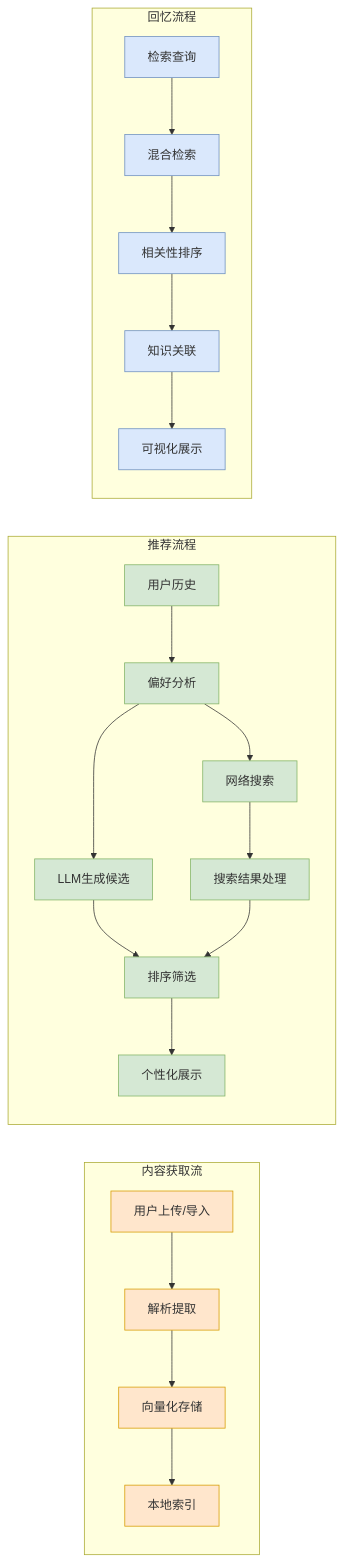
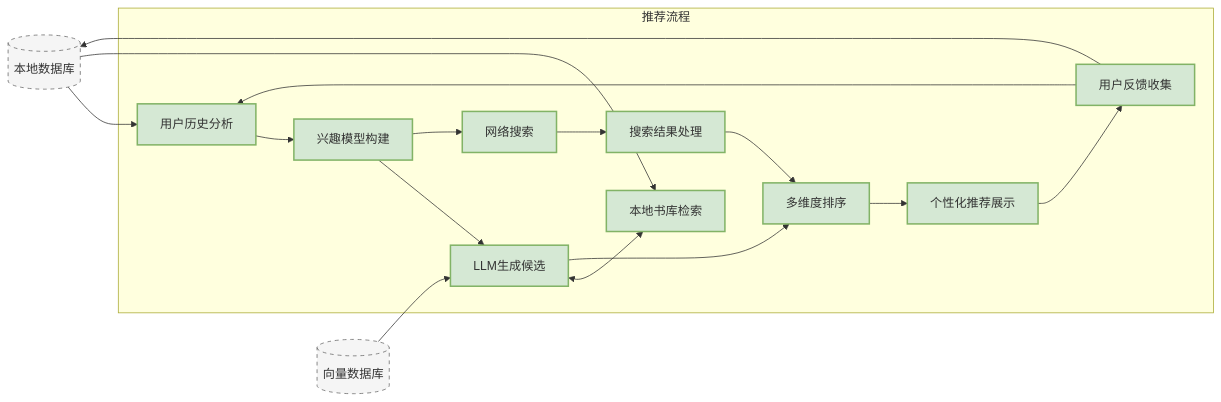
One commit to EnigmaWU/MyLLM_Arena changed the sixth of 14 diagrams in MyStartups/NextBook/README.md. Above: the diagram before and after it, drawn with Mermaid. The commit also changed other lines of this file, not shown here.

````diff
--- a/MyStartups/NextBook/README.md
+++ b/MyStartups/NextBook/README.md
@@ -322,28 +408,29 @@
 ```mermaid
 flowchart LR
-    subgraph "内容获取流"
-        A1[用户上传/导入] --> A2[解析提取] --> A3[向量化存储] --> A4[本地索引]
+    %% NEXT流程
+    DB[(本地数据库)]
+    VDB[(向量数据库)]
+    
+    subgraph "推荐流程"
+        B1[用户历史分析] --> B2[兴趣模型构建]
+        B2 --> B3[LLM生成候选]
+        B2 --> B6[网络搜索]
+        B3 <--> B8[本地书库检索]
+        B6 --> B7[搜索结果处理]
+        B3 & B7 --> B4[多维度排序]
+        B4 --> B5[个性化推荐展示]
+        B5 --> B9[用户反馈收集]
+        B9 --> B1
     end
     
-    subgraph "推荐流程"
-        B1[用户历史] --> B2[偏好分析] 
-        B2 --> B3[LLM生成候选]
-        B2 --> B6[网络搜索]
-        B6 --> B7[搜索结果处理]
-        B3 --> B4[排序筛选]
-        B7 --> B4
-        B4 --> B5[个性化展示]
-    end
+    DB --> B1
+    DB --> B8
+    VDB --> B3
+    B9 --> DB
     
-    subgraph "回忆流程"
-        C1[检索查询] --> C2[混合检索] --> C3[相关性排序] --> C4[知识关联] --> C5[可视化展示]
-    end
+    classDef flow2 fill:#d5e8d4,stroke:#82b366,stroke-width:2px
+    classDef storage fill:#f5f5f5,stroke:#666666,stroke-dasharray:5 5
     
-    classDef flow1 fill:#ffe6cc,stroke:#d79b00
-    classDef flow2 fill:#d5e8d4,stroke:#82b366
-    classDef flow3 fill:#dae8fc,stroke:#6c8ebf
-    
-    class A1,A2,A3,A4 flow1
-    class B1,B2,B3,B4,B5,B6,B7 flow2
-    class C1,C2,C3,C4,C5 flow3
+    class B1,B2,B3,B4,B5,B6,B7,B8,B9 flow2
+    class DB,VDB storage
 ```
````
